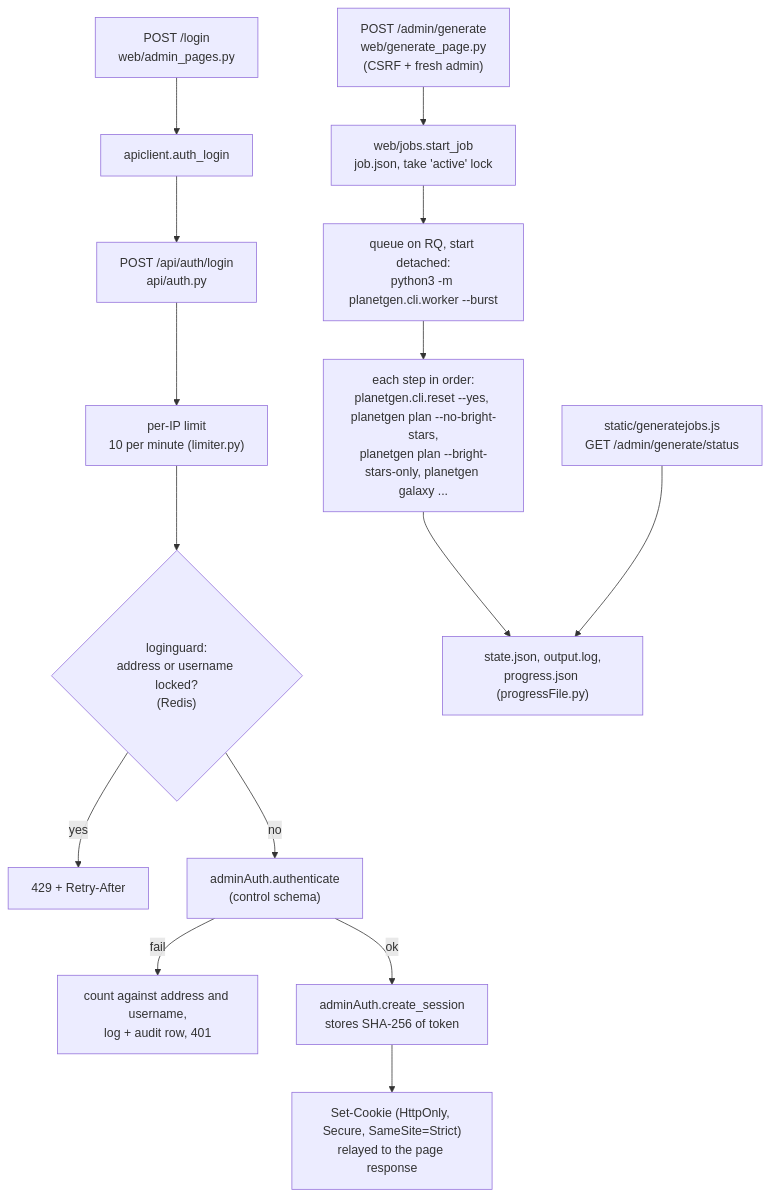
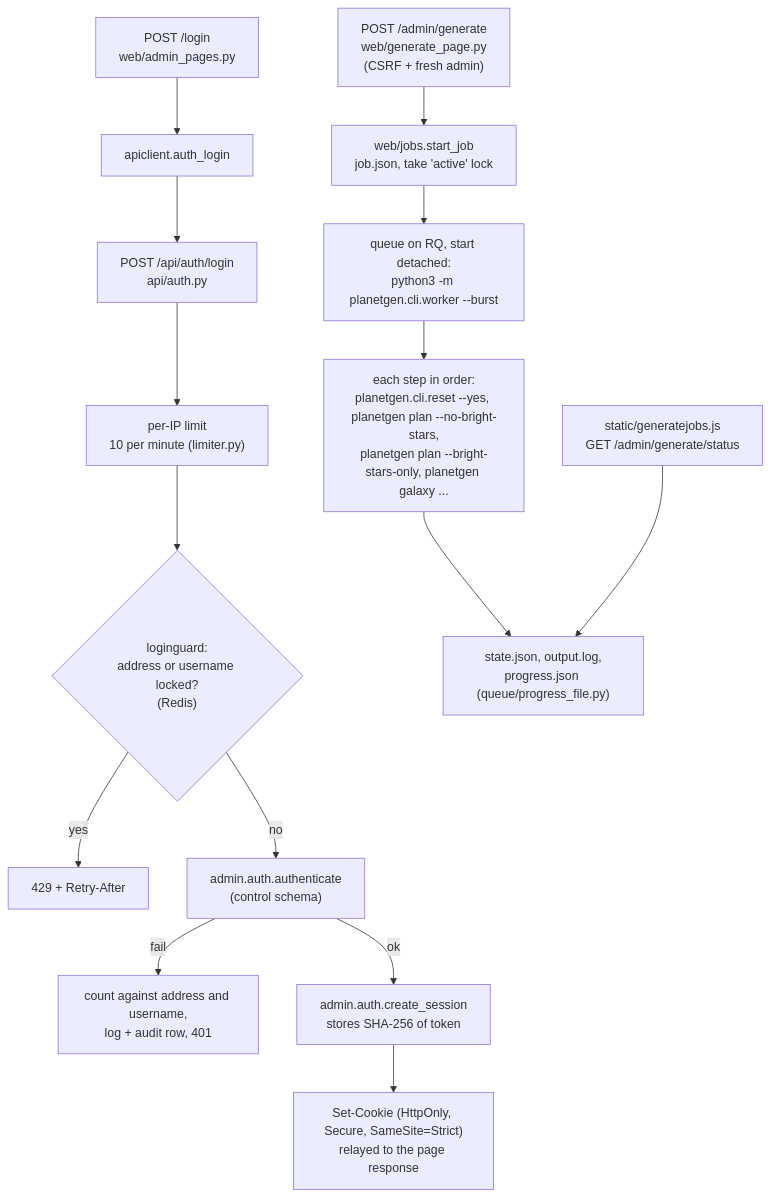
Before and after one commit to dwhagar/planetGen: the seventh of 8 diagrams in docs/design/architecture.md, drawn with Mermaid. The commit also changed other lines of this file and 1 other file, not shown here.

First line of the commit message:
Rewrite the architecture document's code map and flows for the current code (DOC.27, DOC.28)

````diff
--- a/docs/design/architecture.md
+++ b/docs/design/architecture.md
@@ -696,18 +953,18 @@
 ```mermaid
 flowchart TD
     LP["POST /login<br/>web/admin_pages.py"] --> ACL["apiclient.auth_login"]
     ACL --> AL["POST /api/auth/login<br/>api/auth.py"]
     AL --> RL["per-IP limit<br/>10 per minute (limiter.py)"]
     RL --> BO{"loginguard:<br/>address or username locked?<br/>(Redis)"}
     BO -->|"yes"| E429["429 + Retry-After"]
-    BO -->|"no"| Auth["adminAuth.authenticate<br/>(control schema)"]
+    BO -->|"no"| Auth["admin.auth.authenticate<br/>(control schema)"]
     Auth -->|"fail"| Rec["count against address and username,<br/>log + audit row, 401"]
-    Auth -->|"ok"| Sess["adminAuth.create_session<br/>stores SHA-256 of token"]
+    Auth -->|"ok"| Sess["admin.auth.create_session<br/>stores SHA-256 of token"]
     Sess --> Cookie["Set-Cookie (HttpOnly, Secure, SameSite=Strict)<br/>relayed to the page response"]
 
     Gen["POST /admin/generate<br/>web/generate_page.py<br/>(CSRF + fresh admin)"] --> SJ["web/jobs.start_job<br/>job.json, take 'active' lock"]
     SJ --> Spawn["queue on RQ, start detached:<br/>python3 -m planetgen.cli.worker --burst"]
     Spawn --> Steps["each step in order:<br/>planetgen.cli.reset --yes, planetgen plan --no-bright-stars,<br/>planetgen plan --bright-stars-only, planetgen galaxy ..."]
-    Steps --> Files["state.json, output.log,<br/>progress.json (progressFile.py)"]
+    Steps --> Files["state.json, output.log,<br/>progress.json (queue/progress_file.py)"]
     Poll["static/generatejobs.js<br/>GET /admin/generate/status"] --> Files
 ```
````
